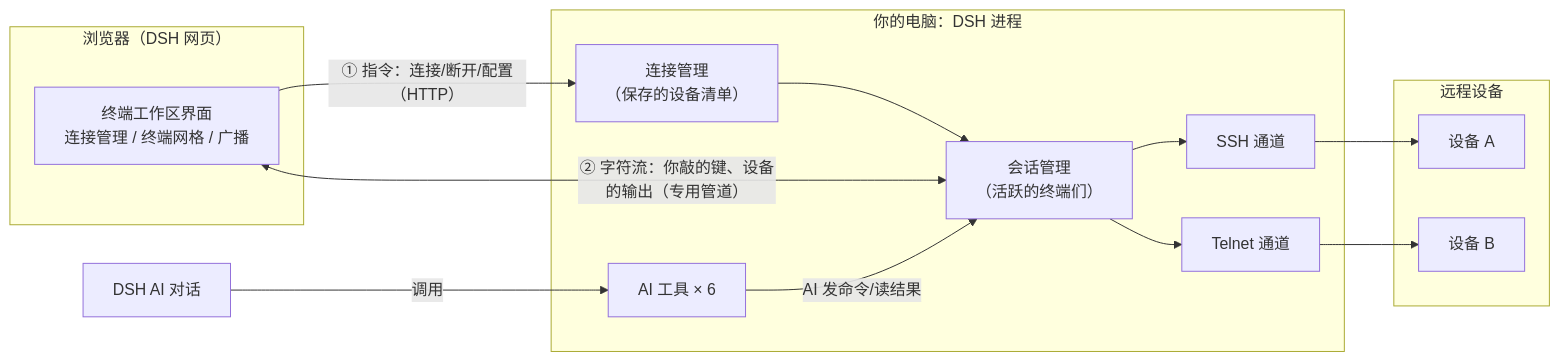
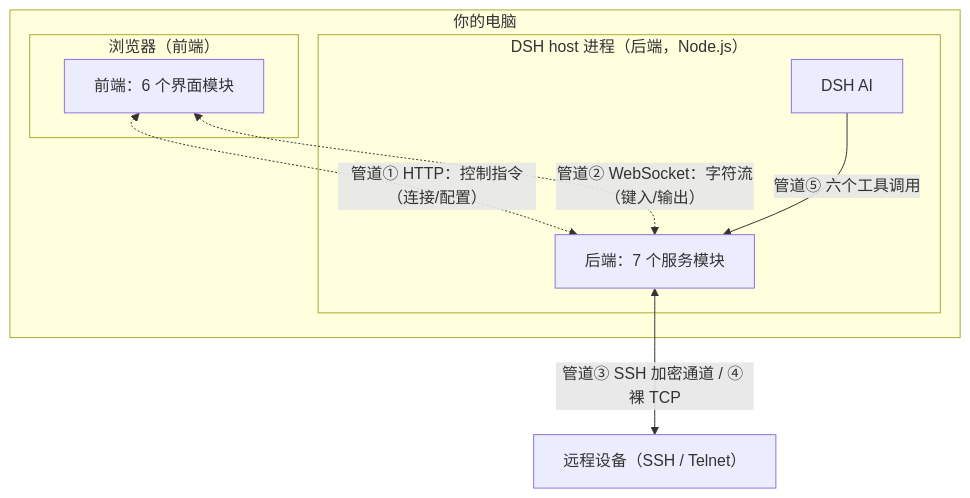
Before and after one commit to peng7peng/dsh-terminal-manager: the first of 2 diagrams in docs/solution.zh.md, drawn with Mermaid. The commit also changed other lines of this file and 3 other files, not shown here.

````diff
--- a/docs/solution.zh.md
+++ b/docs/solution.zh.md
@@ -19,29 +68,18 @@
 ```mermaid
-flowchart LR
-    subgraph 浏览器["浏览器（DSH 网页）"]
-        UI["终端工作区界面<br/>连接管理 / 终端网格 / 广播"]
+flowchart TB
+    subgraph 你的电脑
+        subgraph 浏览器["浏览器（前端）"]
+            FE["前端：6 个界面模块"]
+        end
+        subgraph host进程["DSH host 进程（后端，Node.js）"]
+            BE["后端：7 个服务模块"]
+            AI["DSH AI"]
+        end
     end
+    DEV["远程设备（SSH / Telnet）"]
 
-    subgraph 宿主["你的电脑：DSH 进程"]
-        CM["连接管理<br/>（保存的设备清单）"]
-        SM["会话管理<br/>（活跃的终端们）"]
-        SSH["SSH 通道"]
-        TEL["Telnet 通道"]
-        TOOLS["AI 工具 × 6"]
-    end
-
-    subgraph 设备["远程设备"]
-        D1["设备 A"]
-        D2["设备 B"]
-    end
-
-    AI["DSH AI 对话"]
-
-    UI -- "① 指令：连接/断开/配置（HTTP）" --> CM
-    UI <-- "② 字符流：你敲的键、设备的输出（专用管道）" --> SM
-    TOOLS -- "AI 发命令/读结果" --> SM
-    AI -- "调用" --> TOOLS
-    CM --> SM
-    SM --> SSH --> D1
-    SM --> TEL --> D2
+    FE <-. "管道① HTTP：控制指令（连接/配置）" .-> BE
+    FE <-. "管道② WebSocket：字符流（键入/输出）" .-> BE
+    BE <-- "管道③ SSH 加密通道 / ④ 裸 TCP" --> DEV
+    AI -- "管道⑤ 六个工具调用" --> BE
 ```
````
